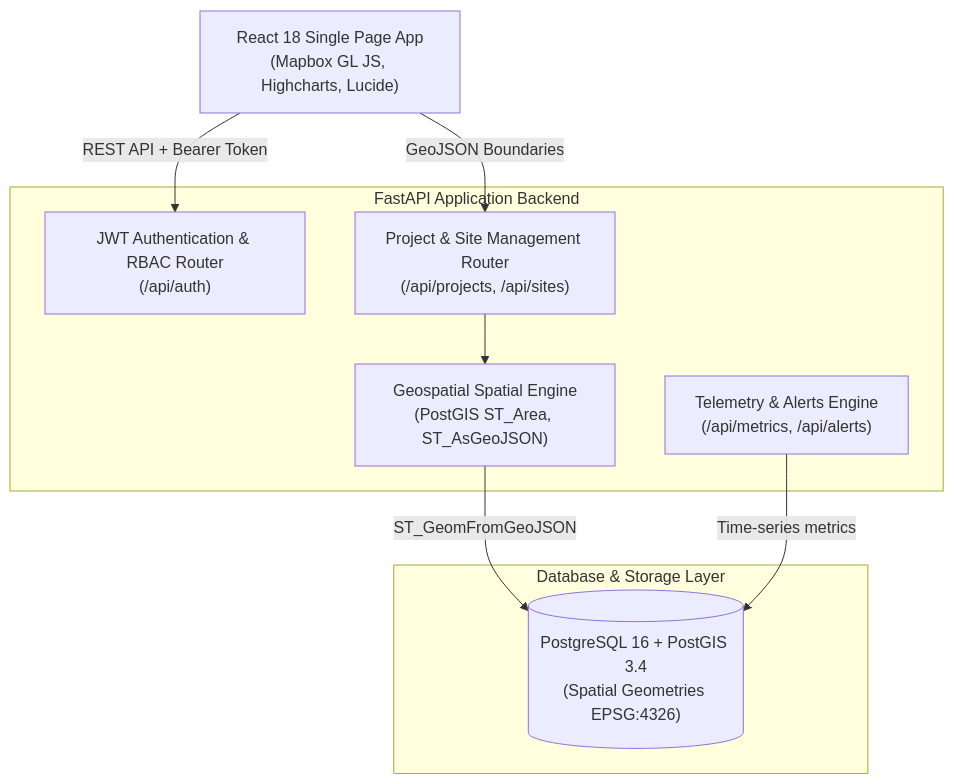
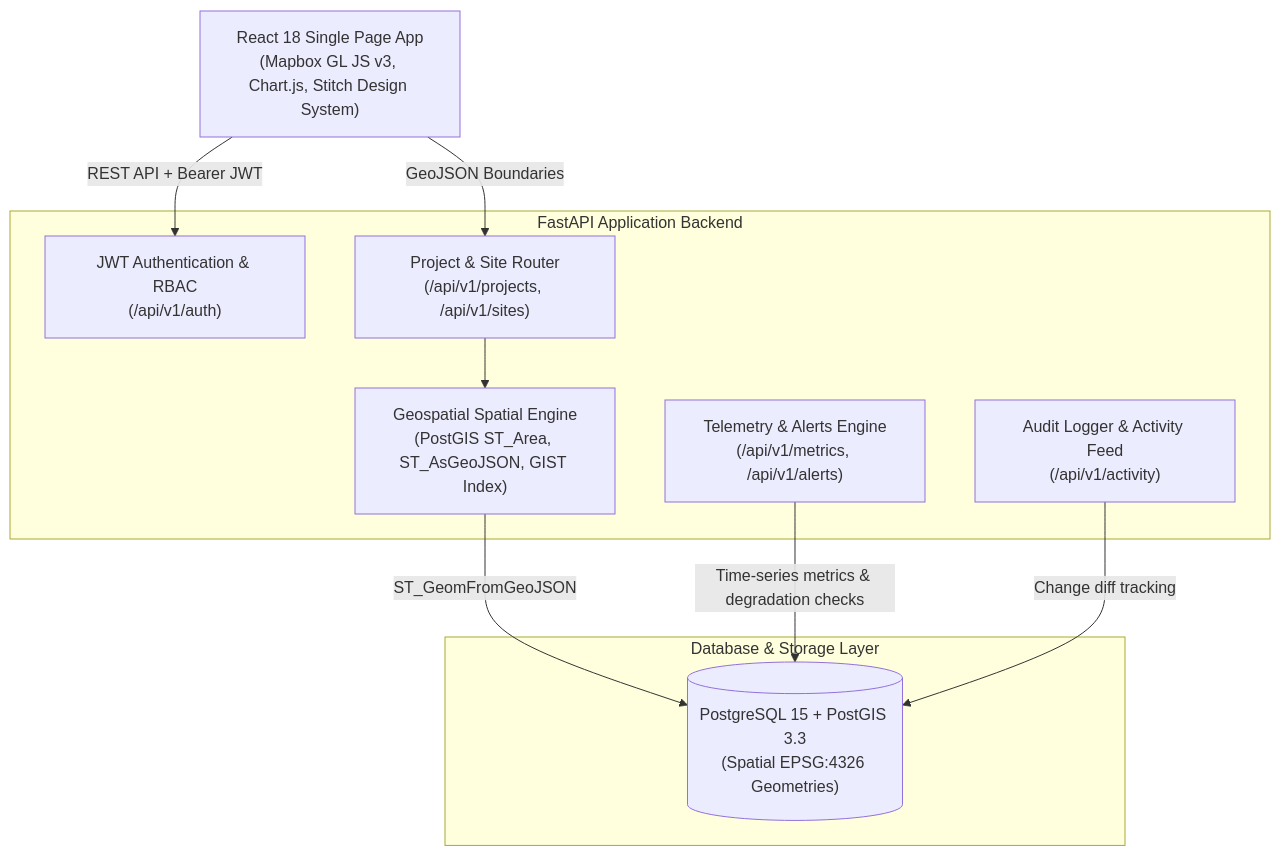
One commit to Vignesss16/Darukaa.Earth changed the first of 2 diagrams in README.md. Above: the diagram before and after it, drawn with Mermaid. The commit also changed other lines of this file, not shown here.

Commit message:
docs: update README with live deployment URLs schema breakdown and architectural decisions

````diff
--- a/README.md
+++ b/README.md
@@ -16,21 +37,23 @@
 ```mermaid
 graph TD
-    Client["React 18 Single Page App<br/>(Mapbox GL JS, Highcharts, Lucide)"]
+    Client["React 18 Single Page App<br/>(Mapbox GL JS v3, Chart.js, Stitch Design System)"]
     
     subgraph "FastAPI Application Backend"
-        Auth["JWT Authentication & RBAC Router<br/>(/api/auth)"]
-        Projects["Project & Site Management Router<br/>(/api/projects, /api/sites)"]
-        Spatial["Geospatial Spatial Engine<br/>(PostGIS ST_Area, ST_AsGeoJSON)"]
-        Telemetry["Telemetry & Alerts Engine<br/>(/api/metrics, /api/alerts)"]
+        Auth["JWT Authentication & RBAC<br/>(/api/v1/auth)"]
+        Projects["Project & Site Router<br/>(/api/v1/projects, /api/v1/sites)"]
+        Spatial["Geospatial Spatial Engine<br/>(PostGIS ST_Area, ST_AsGeoJSON, GIST Index)"]
+        Telemetry["Telemetry & Alerts Engine<br/>(/api/v1/metrics, /api/v1/alerts)"]
+        Audit["Audit Logger & Activity Feed<br/>(/api/v1/activity)"]
     end
     
     subgraph "Database & Storage Layer"
-        PostgreSQL[("PostgreSQL 16 + PostGIS 3.4<br/>(Spatial Geometries EPSG:4326)")]
+        PostgreSQL[("PostgreSQL 15 + PostGIS 3.3<br/>(Spatial EPSG:4326 Geometries)")]
     end
     
-    Client -->|REST API + Bearer Token| Auth
+    Client -->|REST API + Bearer JWT| Auth
     Client -->|GeoJSON Boundaries| Projects
     Projects --> Spatial
     Spatial -->|ST_GeomFromGeoJSON| PostgreSQL
-    Telemetry -->|Time-series metrics| PostgreSQL
+    Telemetry -->|Time-series metrics & degradation checks| PostgreSQL
+    Audit -->|Change diff tracking| PostgreSQL
 ```
````
